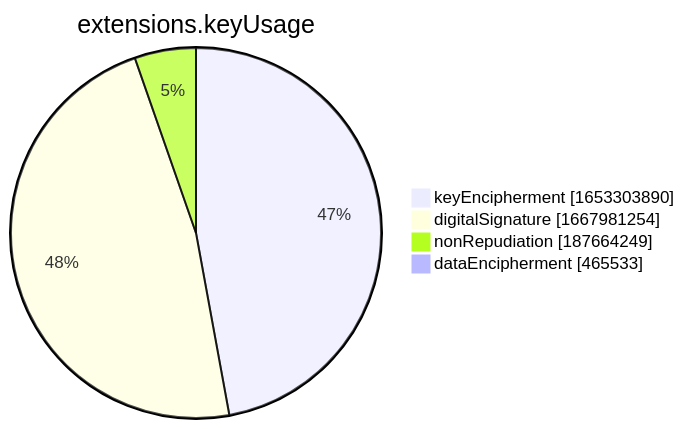
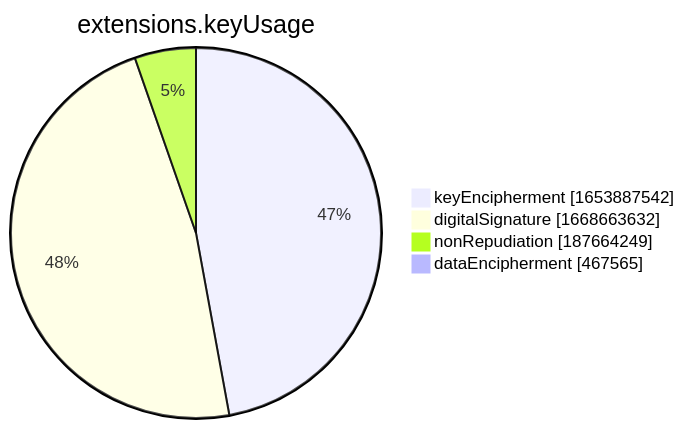
The seventh of 15 diagrams in xenon2022/README.md (christiankrug/ctmonitor_visualization), drawn with Mermaid before and after one commit. The commit also changed other lines of this file, not shown here.

````diff
--- a/xenon2022/README.md
+++ b/xenon2022/README.md
@@ -2857,8 +2857,8 @@
 ```mermaid
 pie showData
 title extensions.keyUsage
-"keyEncipherment" :1653303890
-"digitalSignature" :1667981254
+"keyEncipherment" :1653887542
+"digitalSignature" :1668663632
 "nonRepudiation" :187664249
-"dataEncipherment" :465533
+"dataEncipherment" :467565
 ```
````
